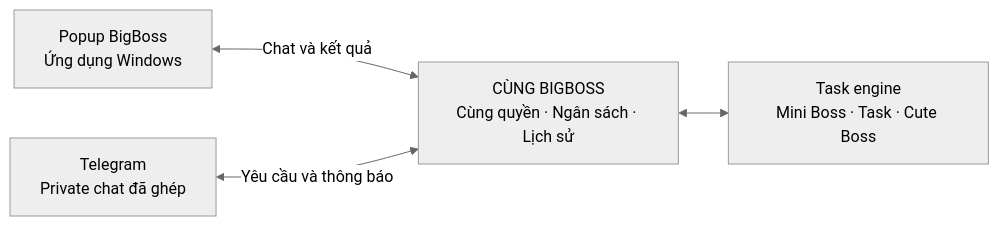
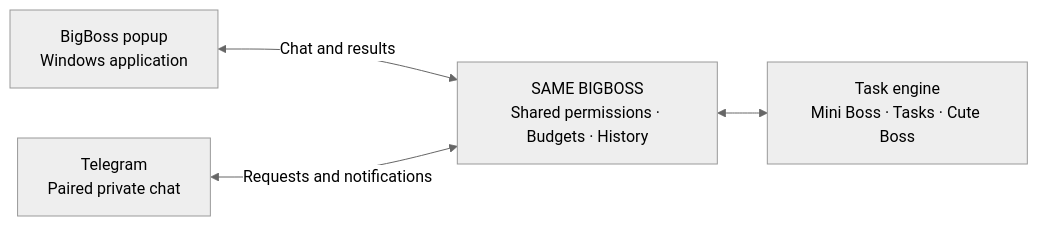
Before and after one commit to bentarofficial/bigspy-ai-connect-release: the third of 3 diagrams in README.md, drawn with Mermaid (neutral theme). The commit also changed other lines of this file, not shown here.

Commit message:
docs: present README tables and architecture diagrams in English

````diff
--- a/README.md
+++ b/README.md
@@ -148,6 +151,6 @@
 ```mermaid
 flowchart LR
-    PC["Popup BigBoss<br/>Ứng dụng Windows"] <-->|"Chat và kết quả"| BB["CÙNG BIGBOSS<br/>Cùng quyền · Ngân sách · Lịch sử"]
-    TG["Telegram<br/>Private chat đã ghép"] <-->|"Yêu cầu và thông báo"| BB
-    BB <--> TE["Task engine<br/>Mini Boss · Task · Cute Boss"]
+    PC["BigBoss popup<br/>Windows application"] <-->|"Chat and results"| BB["SAME BIGBOSS<br/>Shared permissions · Budgets · History"]
+    TG["Telegram<br/>Paired private chat"] <-->|"Requests and notifications"| BB
+    BB <--> TE["Task engine<br/>Mini Boss · Tasks · Cute Boss"]
 ```
````
